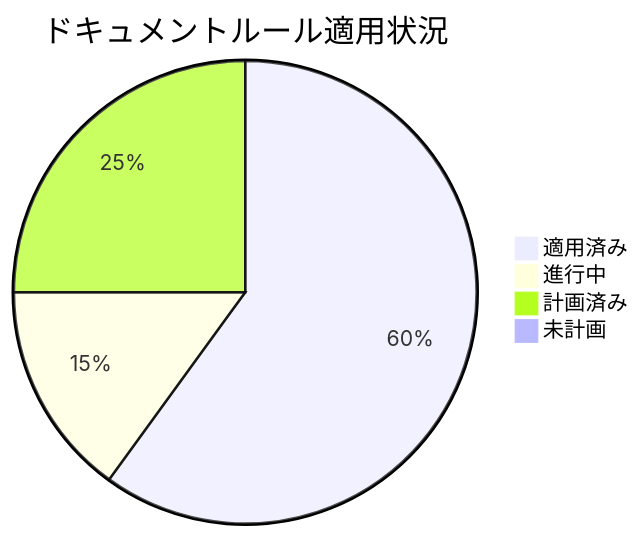
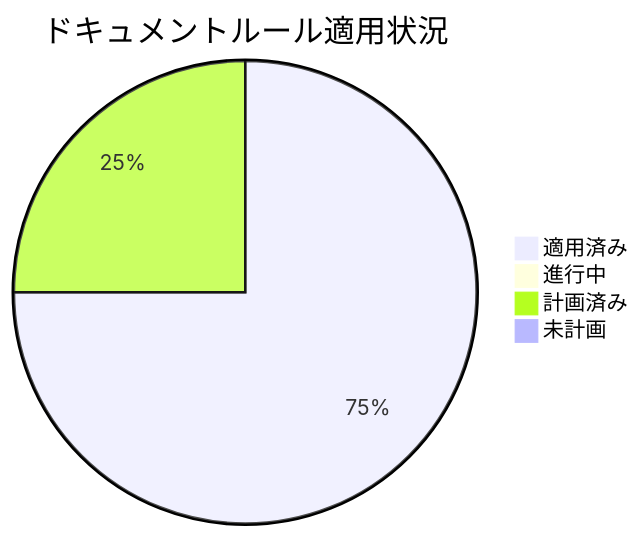
One commit to ToyB0x/git-resume changed the first of 2 diagrams in docs/PROGRESS.md. Above: the diagram before and after it, drawn with Mermaid. The commit also changed other lines of this file and 9 other files, not shown here.

````diff
--- a/docs/PROGRESS.md
+++ b/docs/PROGRESS.md
@@ -19,7 +19,7 @@
 ```mermaid
 pie title ドキュメントルール適用状況
-    "適用済み" : 60
-    "進行中" : 15
+    "適用済み" : 75
+    "進行中" : 0
     "計画済み" : 25
     "未計画" : 0
 ```
````
